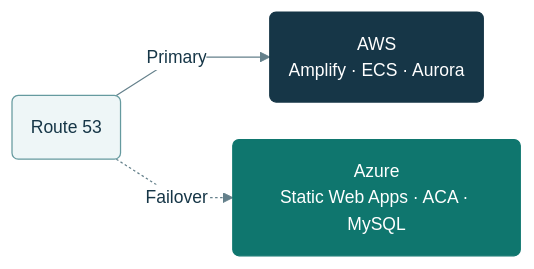
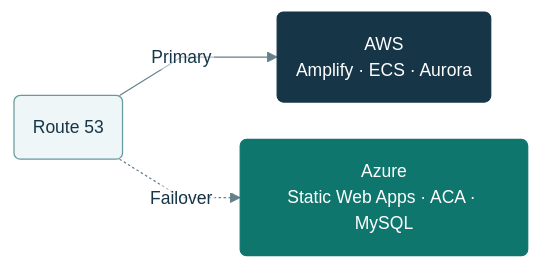
One commit to yubin05/yubin05 changed the second of 2 diagrams in README.md. Above: the diagram before and after it, drawn with Mermaid. The commit also changed other lines of this file, not shown here.

Commit message:
docs: prevent clipped Mermaid labels in GitHub rendering

````diff
--- a/README.md
+++ b/README.md
@@ -84,12 +84,12 @@
 ```mermaid
-%%{init: {"theme":"base","themeVariables":{"fontFamily":"Arial, sans-serif","fontSize":"14px","primaryColor":"#eef6f7","primaryTextColor":"#163647","primaryBorderColor":"#659a9f","lineColor":"#64808b","secondaryColor":"#f1f5f9","tertiaryColor":"#f8fafc","clusterBkg":"#f8fafc","clusterBorder":"#cbd5e1","edgeLabelBackground":"#ffffff","actorBkg":"#163647","actorBorder":"#163647","actorTextColor":"#ffffff","actorLineColor":"#94a3b8","signalColor":"#476673","signalTextColor":"#163647","labelBoxBkgColor":"#eef6f7","labelBoxBorderColor":"#659a9f","labelTextColor":"#163647","activationBkgColor":"#d3eeea","activationBorderColor":"#0f766e","sequenceNumberColor":"#ffffff"},"flowchart":{"curve":"linear","nodeSpacing":30,"rankSpacing":40},"sequence":{"mirrorActors":false,"actorMargin":35,"messageMargin":30}}}%%
+%%{init: {"theme":"base","themeVariables":{"fontFamily":"sans-serif","fontSize":"14px","primaryColor":"#eef6f7","primaryTextColor":"#163647","primaryBorderColor":"#659a9f","lineColor":"#64808b","secondaryColor":"#f1f5f9","tertiaryColor":"#f8fafc","clusterBkg":"#f8fafc","clusterBorder":"#cbd5e1","edgeLabelBackground":"#ffffff","actorBkg":"#163647","actorBorder":"#163647","actorTextColor":"#ffffff","actorLineColor":"#94a3b8","signalColor":"#476673","signalTextColor":"#163647","labelBoxBkgColor":"#eef6f7","labelBoxBorderColor":"#659a9f","labelTextColor":"#163647","activationBkgColor":"#d3eeea","activationBorderColor":"#0f766e","sequenceNumberColor":"#ffffff"},"flowchart":{"htmlLabels":false,"curve":"linear","nodeSpacing":30,"rankSpacing":40},"sequence":{"mirrorActors":false,"actorMargin":35,"messageMargin":30}}}%%
 flowchart LR
     DNS("Route 53") -->|Primary| AWS("AWS<br/>Amplify · ECS · Aurora")
     DNS -.->|Failover| AZ("Azure<br/>Static Web Apps · ACA · MySQL")
     classDef aws fill:#163647,stroke:#163647,color:#ffffff,stroke-width:1px;
     classDef azure fill:#0f766e,stroke:#0f766e,color:#ffffff,stroke-width:1px;
     classDef neutral fill:#eef6f7,stroke:#659a9f,color:#163647,stroke-width:1px;
     class AWS aws;
     class AZ azure;
     class DNS neutral;
 ```
````
